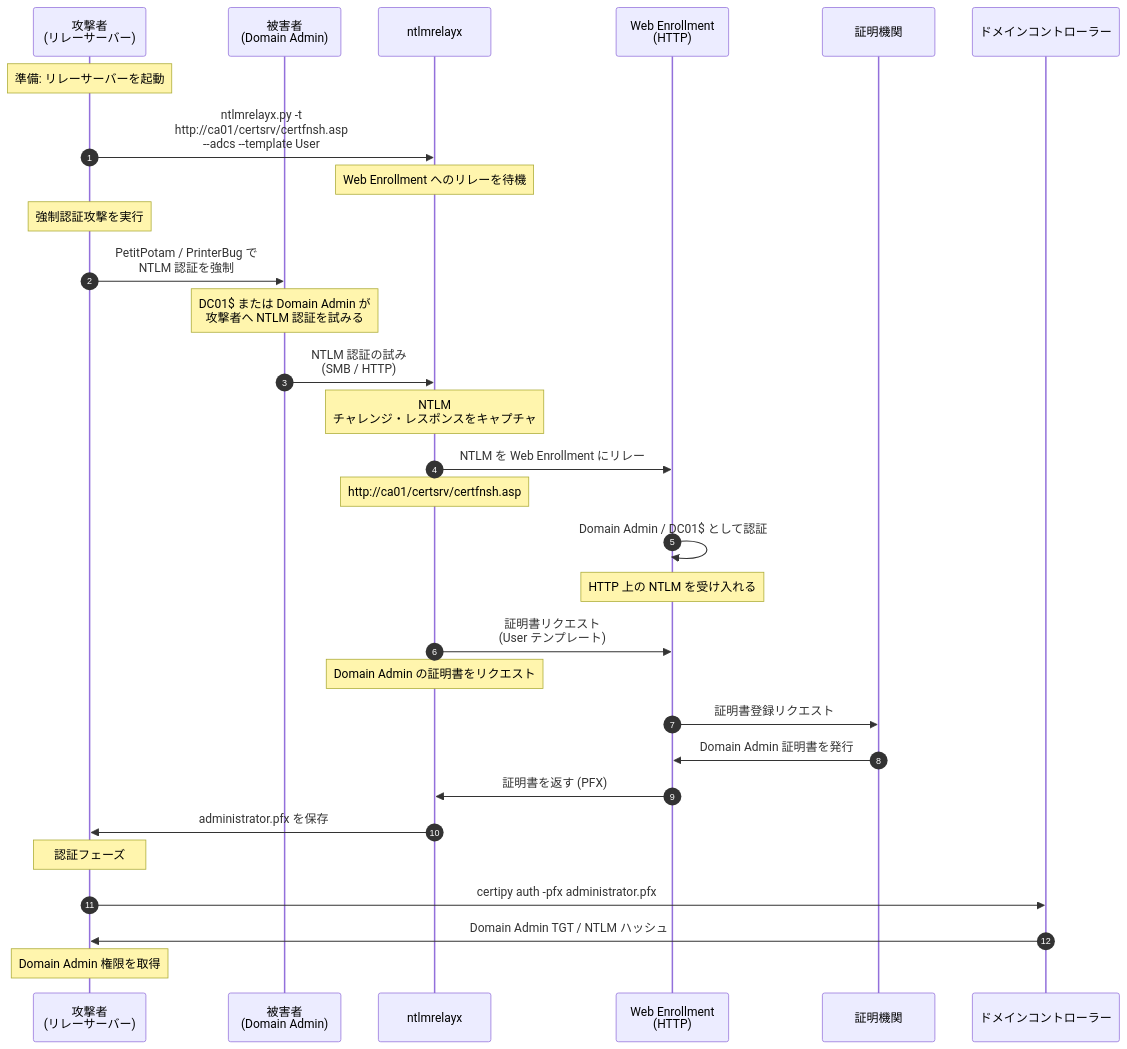
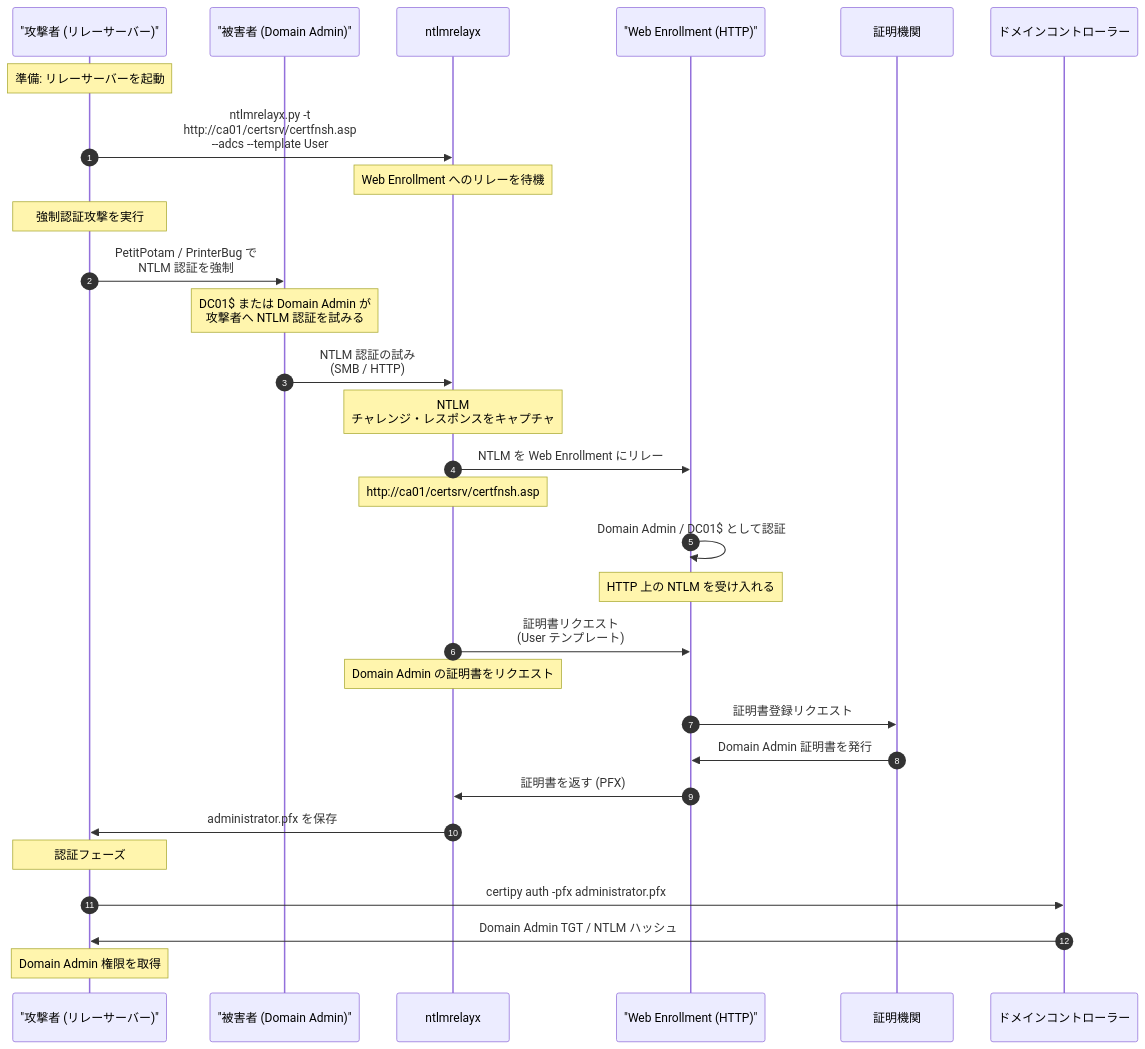
One commit to morimori-dev/morimori-dev.github.io changed the eighth of 17 diagrams in _posts/2026-03-03-tech-adcs-esc-attack-guide-ja.md. Above: the diagram before and after it, drawn with Mermaid. The commit also changed other lines of this file and 7 other files, not shown here.

First line of the commit message:
Fix Mermaid syntax errors in 8 posts

````diff
--- a/_posts/2026-03-03-tech-adcs-esc-attack-guide-ja.md
+++ b/_posts/2026-03-03-tech-adcs-esc-attack-guide-ja.md
@@ -759,48 +759,48 @@
 ```mermaid
 sequenceDiagram
     autonumber
-    participant A as 攻撃者<br/>(リレーサーバー)
-    participant V as 被害者<br/>(Domain Admin)
+    participant A as "攻撃者 (リレーサーバー)"
+    participant V as "被害者 (Domain Admin)"
     participant R as ntlmrelayx
-    participant W as Web Enrollment<br/>(HTTP)
+    participant W as "Web Enrollment (HTTP)"
     participant CA as 証明機関
     participant DC as ドメインコントローラー
 
     Note over A: 準備: リレーサーバーを起動
 
     A->>R: ntlmrelayx.py -t<br/>http://ca01/certsrv/certfnsh.asp<br/>--adcs --template User
 
     Note over R: Web Enrollment へのリレーを待機
 
     Note over A: 強制認証攻撃を実行
 
     A->>V: PetitPotam / PrinterBug で<br/>NTLM 認証を強制
 
     Note over V: DC01$ または Domain Admin が<br/>攻撃者へ NTLM 認証を試みる
 
     V->>R: NTLM 認証の試み<br/>(SMB / HTTP)
 
     Note over R: NTLM<br/>チャレンジ・レスポンスをキャプチャ
 
     R->>W: NTLM を Web Enrollment にリレー
     Note over R: http://ca01/certsrv/certfnsh.asp
 
     W->>W: Domain Admin / DC01$ として認証
     Note over W: HTTP 上の NTLM を受け入れる
 
     R->>W: 証明書リクエスト<br/>(User テンプレート)
     Note over R: Domain Admin の証明書をリクエスト
 
     W->>CA: 証明書登録リクエスト
     CA->>W: Domain Admin 証明書を発行
     W->>R: 証明書を返す (PFX)
 
     R->>A: administrator.pfx を保存
 
     Note over A: 認証フェーズ
 
     A->>DC: certipy auth -pfx administrator.pfx
     DC->>A: Domain Admin TGT / NTLM ハッシュ
 
     Note over A: Domain Admin 権限を取得
 ```
````
